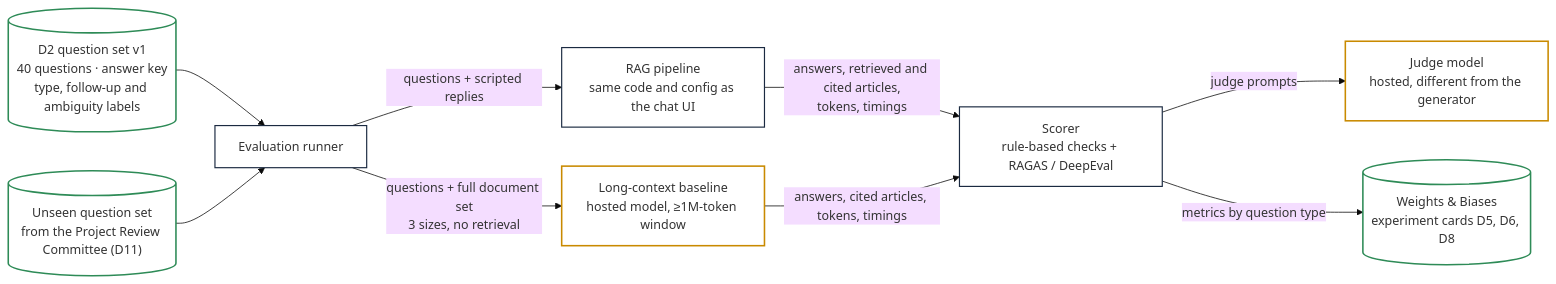
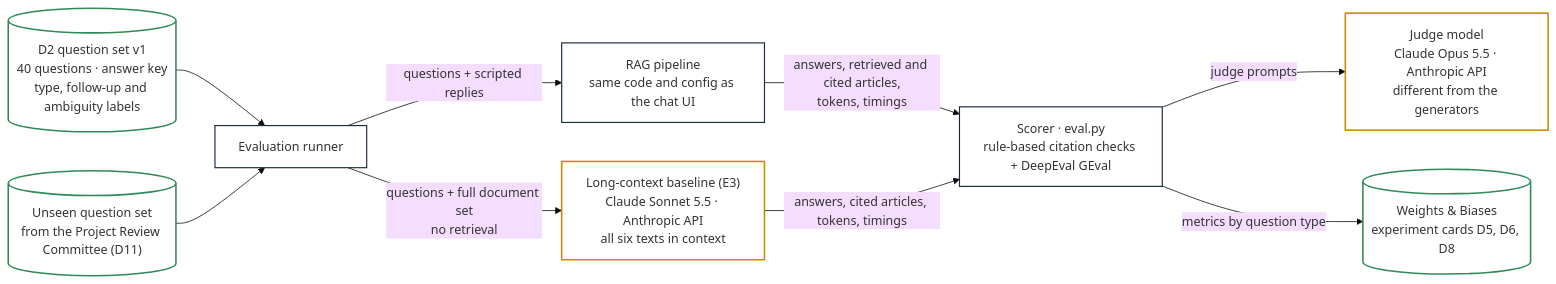
Before and after one commit to barissaka/chunky-502: the second of 2 diagrams in Markdown Template/11-system-architecture-design-document.md, drawn with Mermaid (base theme). The commit also changed other lines of this file and 1 other file, not shown here.

Commit message:
Design document v1.2: hosted provider, long-context baseline, evaluation and Streamlit decisions

````diff
--- a/Markdown Template/11-system-architecture-design-document.md
+++ b/Markdown Template/11-system-architecture-design-document.md
@@ -109,18 +109,18 @@
 ```mermaid
 flowchart LR
     qs[("D2 question set v1<br/>40 questions · answer key<br/>type, follow-up and ambiguity labels")] --> runner["Evaluation runner"]
     prc[("Unseen question set<br/>from the Project Review Committee (D11)")] --> runner
     runner -->|questions + scripted replies| pipe["RAG pipeline<br/>same code and config as the chat UI"]
-    runner -->|questions + full document set<br/>3 sizes, no retrieval| lc["Long-context baseline<br/>hosted model, ≥1M-token window"]
-    pipe -->|answers, retrieved and cited articles,<br/>tokens, timings| scorer["Scorer<br/>rule-based checks + RAGAS / DeepEval"]
+    runner -->|questions + full document set<br/>no retrieval| lc["Long-context baseline (E3)<br/>Claude Sonnet 5.5 · Anthropic API<br/>all six texts in context"]
+    pipe -->|answers, retrieved and cited articles,<br/>tokens, timings| scorer["Scorer · eval.py<br/>rule-based citation checks + DeepEval GEval"]
     lc -->|answers, cited articles, tokens, timings| scorer
-    scorer -->|judge prompts| judge["Judge model<br/>hosted, different from the generator"]
+    scorer -->|judge prompts| judge["Judge model<br/>Claude Opus 5.5 · Anthropic API<br/>different from the generators"]
     scorer -->|metrics by question type| wandb[("Weights & Biases<br/>experiment cards D5, D6, D8")]
 
     classDef data fill:#FFFFFF,stroke:#2E8B57,stroke-width:2px
     classDef model fill:#FFFFFF,stroke:#C98A00,stroke-width:2px
     classDef comp fill:#FFFFFF,stroke:#1B2A41,stroke-width:1.5px
     class qs,prc,wandb data
     class lc,judge model
     class runner,pipe,scorer comp
 ```
````
